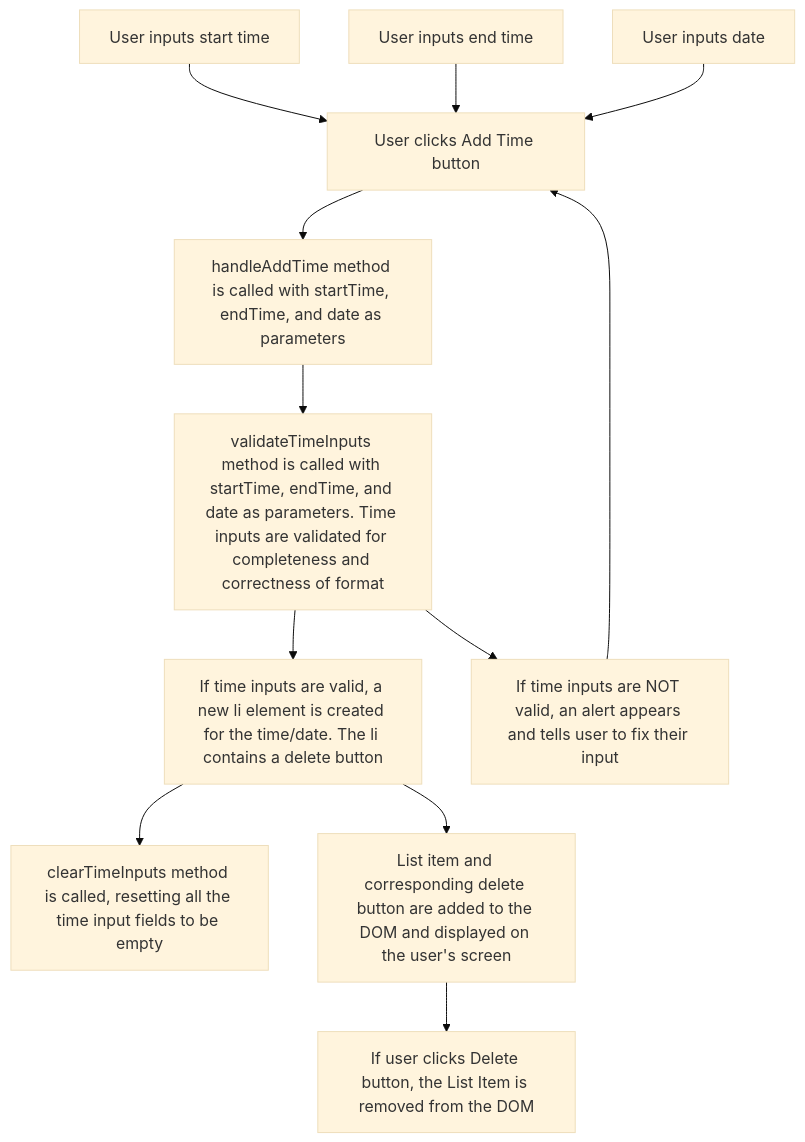
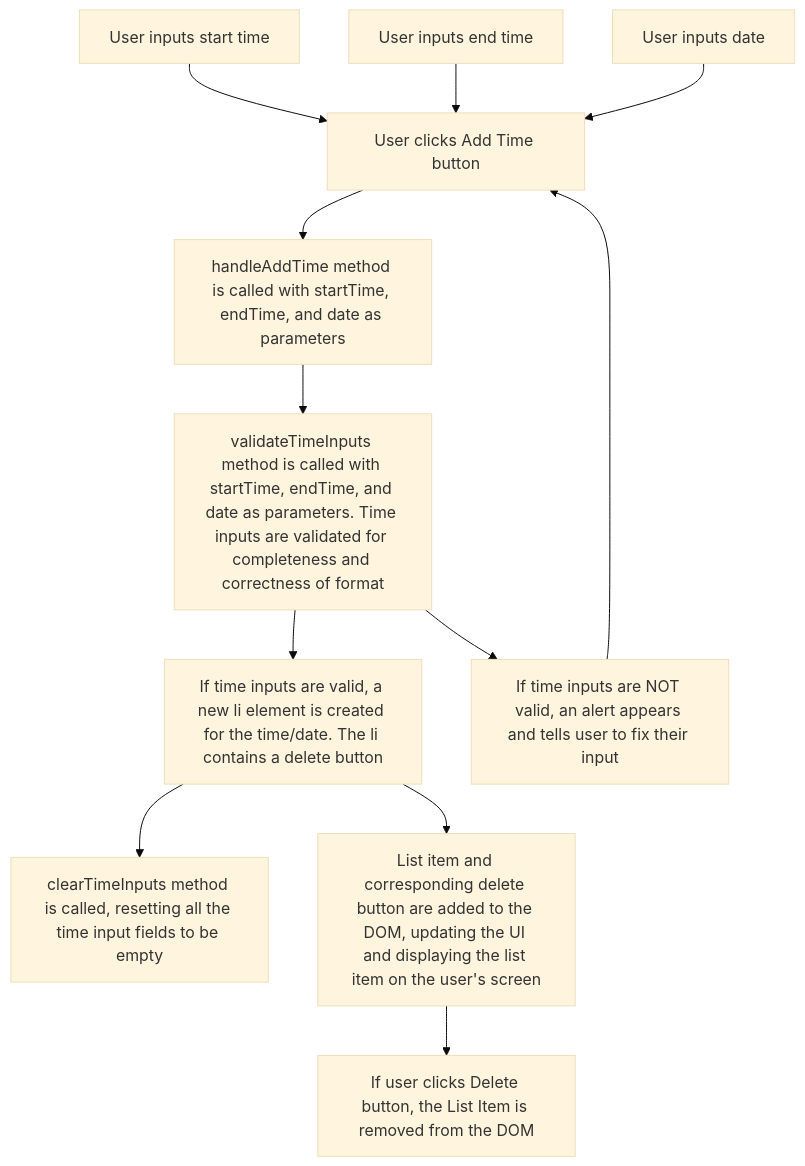
One commit to alishasrivas/Coordin8 changed the diagram in team/m3/joshua-swaida/feature-sequence-diagram.md. Above: the diagram before and after it, drawn with Mermaid (base theme).

Commit message:
improved feature-sequence-diagram.md

````diff
--- a/team/m3/joshua-swaida/feature-sequence-diagram.md
+++ b/team/m3/joshua-swaida/feature-sequence-diagram.md
@@ -3,14 +3,14 @@
 ```mermaid
 graph TD;
     A[User inputs start time]-->D[User clicks Add Time button];
     B[User inputs end time]-->D;
     C[User inputs date]-->D;
     D-->E[handleAddTime method is called with startTime, endTime, and date as parameters]
     E-->F[validateTimeInputs method is called with startTime, endTime, and date as parameters. Time inputs are validated for completeness and correctness of format]
     F-->G[If time inputs are valid, a new li element is created for the time/date. The li contains a delete button]
     F-->H[If time inputs are NOT valid, an alert appears and tells user to fix their input]
     H-->D
     G-->I[clearTimeInputs method is called, resetting all the time input fields to be empty]
-    G-->J[List item and corresponding delete button are added to the DOM and displayed on the user's screen]
+    G-->J[List item and corresponding delete button are added to the DOM, updating the UI and displaying the list item on the user's screen]
     J-->K[If user clicks Delete button, the List Item is removed from the DOM]
 ```
````
